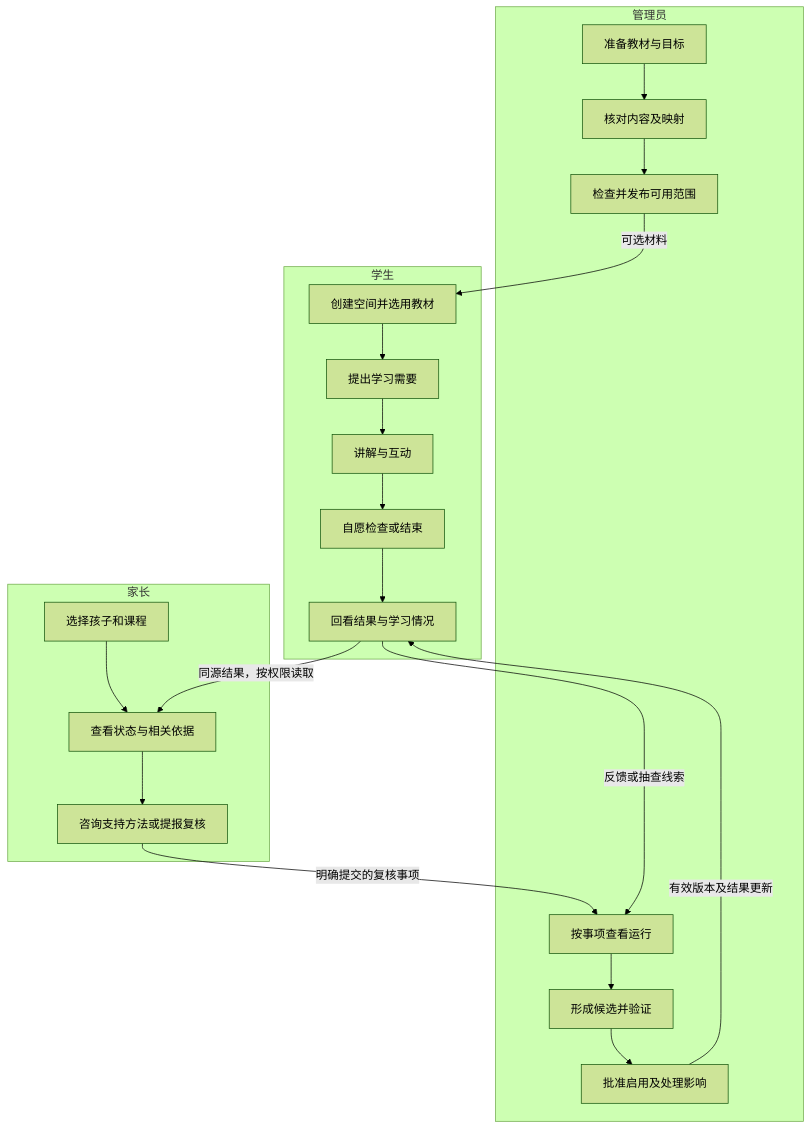
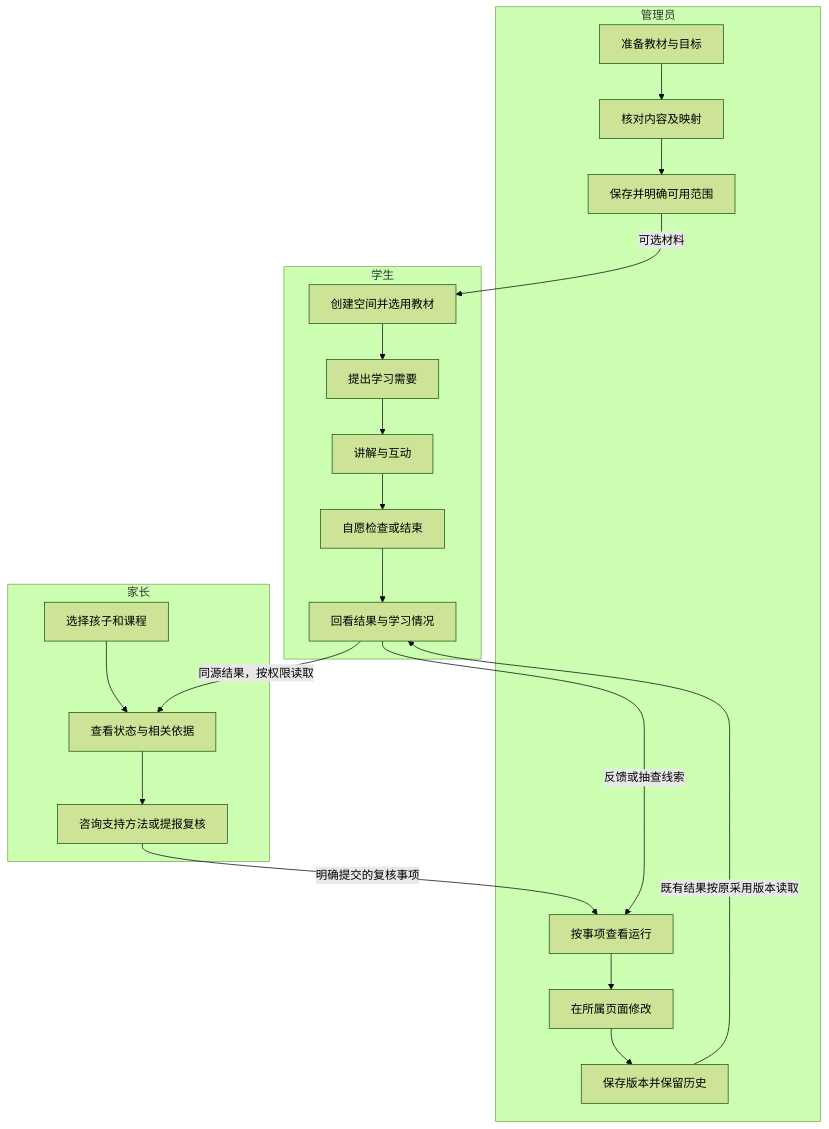
The fifth of 13 diagrams in doc/mvp/phase-4-product-and-domain-foundation/MVP_Product_and_Interaction_Design.md (ivgotcrazy/deermind), drawn with Mermaid (forest theme) before and after one commit. The commit also changed other lines of this file and 189 other files, not shown here.

````diff
--- a/doc/mvp/phase-4-product-and-domain-foundation/MVP_Product_and_Interaction_Design.md
+++ b/doc/mvp/phase-4-product-and-domain-foundation/MVP_Product_and_Interaction_Design.md
@@ -244,24 +252,24 @@
 ```mermaid
 flowchart TB
   subgraph A[管理员]
     A1[准备教材与目标] --> A2[核对内容及映射]
-    A2 --> A3[检查并发布可用范围]
-    A4[按事项查看运行] --> A5[形成候选并验证]
-    A5 --> A6[批准启用及处理影响]
+    A2 --> A3[保存并明确可用范围]
+    A4[按事项查看运行] --> A5[在所属页面修改]
+    A5 --> A6[保存版本并保留历史]
   end
   subgraph S[学生]
     S1[创建空间并选用教材] --> S2[提出学习需要]
     S2 --> S3[讲解与互动]
     S3 --> S4[自愿检查或结束]
     S4 --> S5[回看结果与学习情况]
   end
   subgraph P[家长]
     P1[选择孩子和课程] --> P2[查看状态与相关依据]
     P2 --> P3[咨询支持方法或提报复核]
   end
   A3 -->|可选材料| S1
   S5 -->|同源结果，按权限读取| P2
   S5 -->|反馈或抽查线索| A4
   P3 -->|明确提交的复核事项| A4
-  A6 -->|有效版本及结果更新| S5
+  A6 -->|既有结果按原采用版本读取| S5
 ```
````
